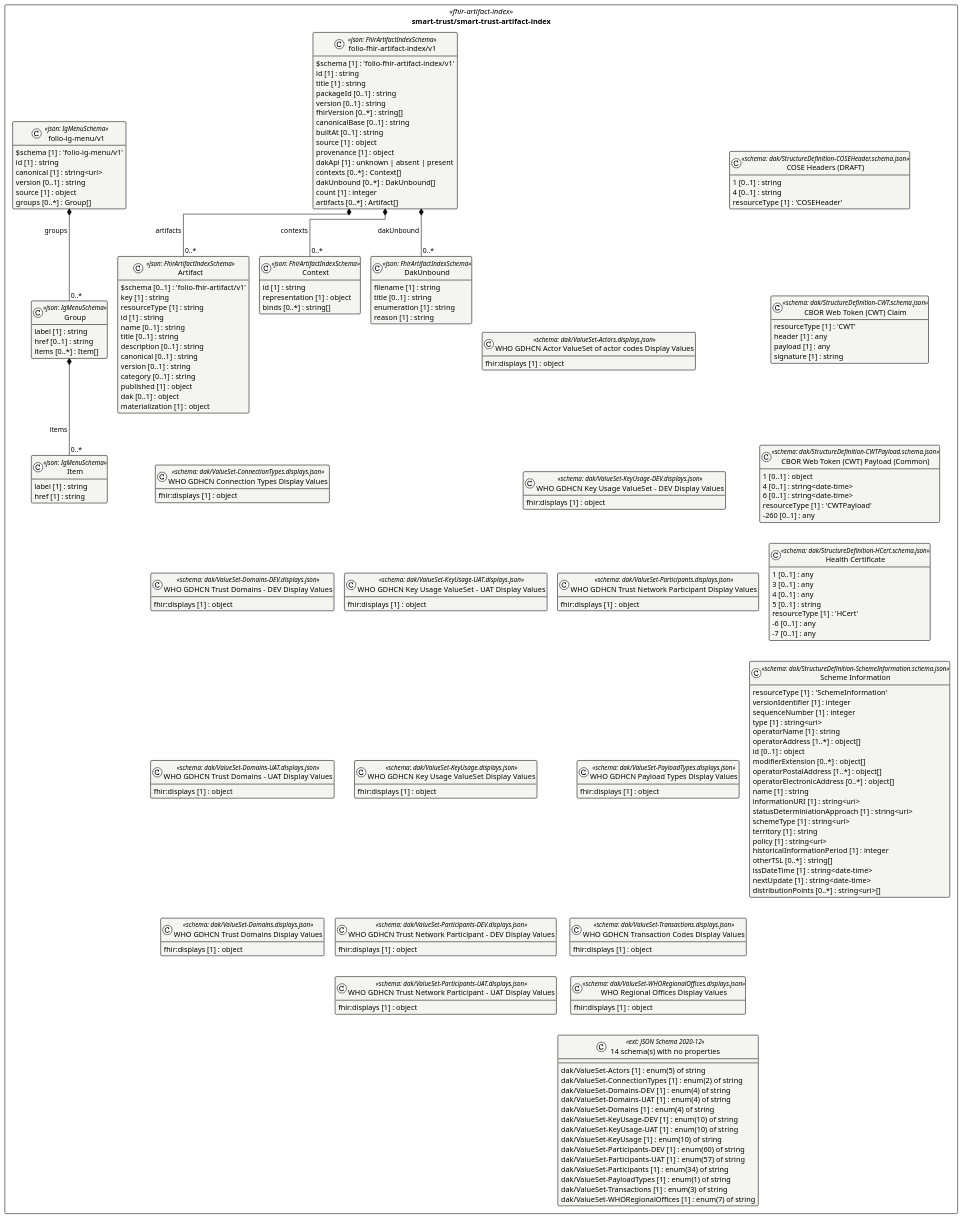
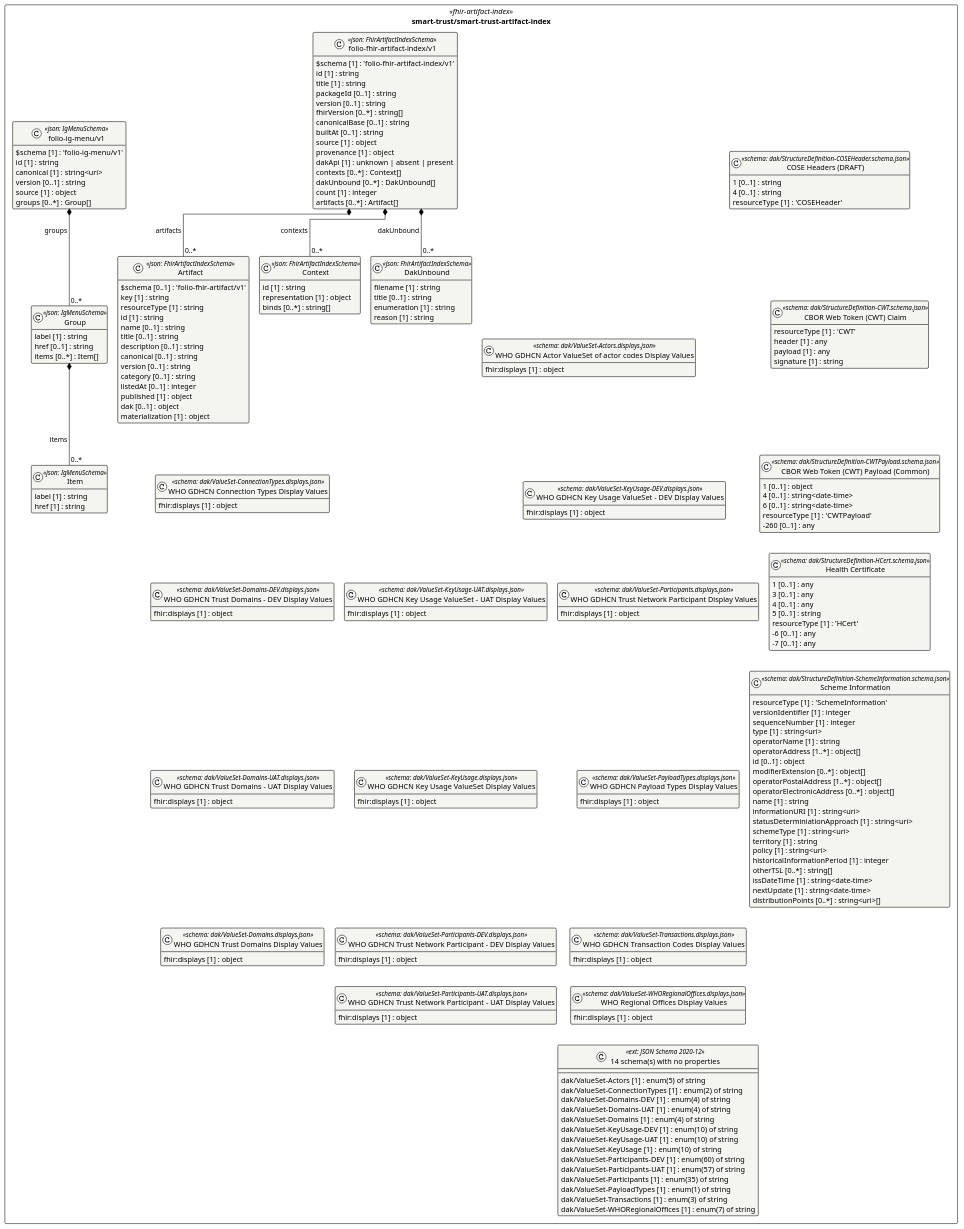
Before and after one commit to litlfred/folio-assistant: the diagram in cat-harness/uml/overview/smart-trust/smart-trust-artifact-index.puml, drawn with PlantUML. The commit also changed 59 other files, not shown here.

First line of the commit message:
Register skill ig-site-theme; regenerate after merging main (listedAt in UML, +4 IRL in enumerations)

```diff
--- a/cat-harness/uml/overview/smart-trust/smart-trust-artifact-index.puml
+++ b/cat-harness/uml/overview/smart-trust/smart-trust-artifact-index.puml
@@ -3,185 +3,186 @@
 @startuml smart_trust_smart_trust_artifact_index
 !pragma layout elk
 !theme plain
 skinparam classAttributeIconSize 0
 skinparam shadowing false
 skinparam packageStyle rectangle
 hide empty methods
 
 package "smart-trust/smart-trust-artifact-index" as pkg_smart_trust_smart_trust_artifact_index <<fhir-artifact-index>> {
   class "Context" as smart_trust_smart_trust_artifact_index_folio_fhir_artifact_index_v1_Context <<json: FhirArtifactIndexSchema>> #f4f4f1 {
     id [1] : string
     representation [1] : object
     binds [0..*] : string[]
   }
   class "DakUnbound" as smart_trust_smart_trust_artifact_index_folio_fhir_artifact_index_v1_DakUnbound <<json: FhirArtifactIndexSchema>> #f4f4f1 {
     filename [1] : string
     title [0..1] : string
     enumeration [1] : string
     reason [1] : string
   }
   class "Artifact" as smart_trust_smart_trust_artifact_index_folio_fhir_artifact_index_v1_Artifact <<json: FhirArtifactIndexSchema>> #f4f4f1 {
     $schema [0..1] : 'folio-fhir-artifact/v1'
     key [1] : string
     resourceType [1] : string
     id [1] : string
     name [0..1] : string
     title [0..1] : string
     description [0..1] : string
     canonical [0..1] : string
     version [0..1] : string
     category [0..1] : string
+    listedAt [0..1] : integer
     published [1] : object
     dak [0..1] : object
     materialization [1] : object
   }
   class "folio-fhir-artifact-index/v1" as smart_trust_smart_trust_artifact_index_folio_fhir_artifact_index_v1_folio_fhir_artifact_index_v1 <<json: FhirArtifactIndexSchema>> #f4f4f1 {
     $schema [1] : 'folio-fhir-artifact-index/v1'
     id [1] : string
     title [1] : string
     packageId [0..1] : string
     version [0..1] : string
     fhirVersion [0..*] : string[]
     canonicalBase [0..1] : string
     builtAt [0..1] : string
     source [1] : object
     provenance [1] : object
     dakApi [1] : unknown | absent | present
     contexts [0..*] : Context[]
     dakUnbound [0..*] : DakUnbound[]
     count [1] : integer
     artifacts [0..*] : Artifact[]
   }
   class "Item" as smart_trust_smart_trust_artifact_index_folio_ig_menu_v1_Item <<json: IgMenuSchema>> #f4f4f1 {
     label [1] : string
     href [1] : string
   }
   class "Group" as smart_trust_smart_trust_artifact_index_folio_ig_menu_v1_Group <<json: IgMenuSchema>> #f4f4f1 {
     label [1] : string
     href [0..1] : string
     items [0..*] : Item[]
   }
   class "folio-ig-menu/v1" as smart_trust_smart_trust_artifact_index_folio_ig_menu_v1_folio_ig_menu_v1 <<json: IgMenuSchema>> #f4f4f1 {
     $schema [1] : 'folio-ig-menu/v1'
     id [1] : string
     canonical [1] : string<uri>
     version [0..1] : string
     source [1] : object
     groups [0..*] : Group[]
   }
   class "COSE Headers (DRAFT)" as smart_trust_smart_trust_artifact_index_dak_StructureDefinition_COSEHeader_schema_json_COSE_Headers__DRAFT_ <<schema: dak/StructureDefinition-COSEHeader.schema.json>> #f4f4f1 {
     1 [0..1] : string
     4 [0..1] : string
     resourceType [1] : 'COSEHeader'
   }
   class "CBOR Web Token (CWT) Claim" as smart_trust_smart_trust_artifact_index_dak_StructureDefinition_CWT_schema_json_CBOR_Web_Token__CWT__Claim <<schema: dak/StructureDefinition-CWT.schema.json>> #f4f4f1 {
     resourceType [1] : 'CWT'
     header [1] : any
     payload [1] : any
     signature [1] : string
   }
   class "CBOR Web Token (CWT) Payload (Common)" as smart_trust_smart_trust_artifact_index_dak_StructureDefinition_CWTPayload_schema_json_CBOR_Web_Token__CWT__Payload__Common_ <<schema: dak/StructureDefinition-CWTPayload.schema.json>> #f4f4f1 {
     1 [0..1] : object
     4 [0..1] : string<date-time>
     6 [0..1] : string<date-time>
     resourceType [1] : 'CWTPayload'
     -260 [0..1] : any
   }
   class "Health Certificate" as smart_trust_smart_trust_artifact_index_dak_StructureDefinition_HCert_schema_json_Health_Certificate <<schema: dak/StructureDefinition-HCert.schema.json>> #f4f4f1 {
     1 [0..1] : any
     3 [0..1] : any
     4 [0..1] : any
     5 [0..1] : string
     resourceType [1] : 'HCert'
     -6 [0..1] : any
     -7 [0..1] : any
   }
   class "Scheme Information" as smart_trust_smart_trust_artifact_index_dak_StructureDefinition_SchemeInformation_schema_json_Scheme_Information <<schema: dak/StructureDefinition-SchemeInformation.schema.json>> #f4f4f1 {
     resourceType [1] : 'SchemeInformation'
     versionIdentifier [1] : integer
     sequenceNumber [1] : integer
     type [1] : string<uri>
     operatorName [1] : string
     operatorAddress [1..*] : object[]
     id [0..1] : object
     modifierExtension [0..*] : object[]
     operatorPostalAddress [1..*] : object[]
     operatorElectronicAddress [0..*] : object[]
     name [1] : string
     informationURI [1] : string<uri>
     statusDeterminiationApproach [1] : string<uri>
     schemeType [1] : string<uri>
     territory [1] : string
     policy [1] : string<uri>
     historicalInformationPeriod [1] : integer
     otherTSL [0..*] : string[]
     issDateTime [1] : string<date-time>
     nextUpdate [1] : string<date-time>
     distributionPoints [0..*] : string<uri>[]
   }
   class "WHO GDHCN Actor ValueSet of actor codes Display Values" as smart_trust_smart_trust_artifact_index_dak_ValueSet_Actors_displays_json_WHO_GDHCN_Actor_ValueSet_of_actor_codes_Display_Values <<schema: dak/ValueSet-Actors.displays.json>> #f4f4f1 {
     fhir:displays [1] : object
   }
   class "WHO GDHCN Connection Types Display Values" as smart_trust_smart_trust_artifact_index_dak_ValueSet_ConnectionTypes_displays_json_WHO_GDHCN_Connection_Types_Display_Values <<schema: dak/ValueSet-ConnectionTypes.displays.json>> #f4f4f1 {
     fhir:displays [1] : object
   }
   class "WHO GDHCN Trust Domains - DEV Display Values" as smart_trust_smart_trust_artifact_index_dak_ValueSet_Domains_DEV_displays_json_WHO_GDHCN_Trust_Domains___DEV_Display_Values <<schema: dak/ValueSet-Domains-DEV.displays.json>> #f4f4f1 {
     fhir:displays [1] : object
   }
   class "WHO GDHCN Trust Domains - UAT Display Values" as smart_trust_smart_trust_artifact_index_dak_ValueSet_Domains_UAT_displays_json_WHO_GDHCN_Trust_Domains___UAT_Display_Values <<schema: dak/ValueSet-Domains-UAT.displays.json>> #f4f4f1 {
     fhir:displays [1] : object
   }
   class "WHO GDHCN Trust Domains Display Values" as smart_trust_smart_trust_artifact_index_dak_ValueSet_Domains_displays_json_WHO_GDHCN_Trust_Domains_Display_Values <<schema: dak/ValueSet-Domains.displays.json>> #f4f4f1 {
     fhir:displays [1] : object
   }
   class "WHO GDHCN  Key Usage ValueSet - DEV Display Values" as smart_trust_smart_trust_artifact_index_dak_ValueSet_KeyUsage_DEV_displays_json_WHO_GDHCN__Key_Usage_ValueSet___DEV_Display_Values <<schema: dak/ValueSet-KeyUsage-DEV.displays.json>> #f4f4f1 {
     fhir:displays [1] : object
   }
   class "WHO GDHCN  Key Usage ValueSet - UAT Display Values" as smart_trust_smart_trust_artifact_index_dak_ValueSet_KeyUsage_UAT_displays_json_WHO_GDHCN__Key_Usage_ValueSet___UAT_Display_Values <<schema: dak/ValueSet-KeyUsage-UAT.displays.json>> #f4f4f1 {
     fhir:displays [1] : object
   }
   class "WHO GDHCN  Key Usage ValueSet Display Values" as smart_trust_smart_trust_artifact_index_dak_ValueSet_KeyUsage_displays_json_WHO_GDHCN__Key_Usage_ValueSet_Display_Values <<schema: dak/ValueSet-KeyUsage.displays.json>> #f4f4f1 {
     fhir:displays [1] : object
   }
   class "WHO GDHCN Trust Network Participant - DEV Display Values" as smart_trust_smart_trust_artifact_index_dak_ValueSet_Participants_DEV_displays_json_WHO_GDHCN_Trust_Network_Participant___DEV_Display_Values <<schema: dak/ValueSet-Participants-DEV.displays.json>> #f4f4f1 {
     fhir:displays [1] : object
   }
   class "WHO GDHCN Trust Network Participant - UAT Display Values" as smart_trust_smart_trust_artifact_index_dak_ValueSet_Participants_UAT_displays_json_WHO_GDHCN_Trust_Network_Participant___UAT_Display_Values <<schema: dak/ValueSet-Participants-UAT.displays.json>> #f4f4f1 {
     fhir:displays [1] : object
   }
   class "WHO GDHCN Trust Network Participant Display Values" as smart_trust_smart_trust_artifact_index_dak_ValueSet_Participants_displays_json_WHO_GDHCN_Trust_Network_Participant_Display_Values <<schema: dak/ValueSet-Participants.displays.json>> #f4f4f1 {
     fhir:displays [1] : object
   }
   class "WHO GDHCN Payload Types Display Values" as smart_trust_smart_trust_artifact_index_dak_ValueSet_PayloadTypes_displays_json_WHO_GDHCN_Payload_Types_Display_Values <<schema: dak/ValueSet-PayloadTypes.displays.json>> #f4f4f1 {
     fhir:displays [1] : object
   }
   class "WHO GDHCN Transaction Codes Display Values" as smart_trust_smart_trust_artifact_index_dak_ValueSet_Transactions_displays_json_WHO_GDHCN_Transaction_Codes_Display_Values <<schema: dak/ValueSet-Transactions.displays.json>> #f4f4f1 {
     fhir:displays [1] : object
   }
   class "WHO Regional Offices Display Values" as smart_trust_smart_trust_artifact_index_dak_ValueSet_WHORegionalOffices_displays_json_WHO_Regional_Offices_Display_Values <<schema: dak/ValueSet-WHORegionalOffices.displays.json>> #f4f4f1 {
     fhir:displays [1] : object
   }
   class "14 schema(s) with no properties" as smart_trust_smart_trust_artifact_index_https___json_schema_org_draft_2020_12_schema_listed <<ext: JSON Schema 2020-12>> #f4f4f1 {
     dak/ValueSet-Actors [1] : enum(5) of string
     dak/ValueSet-ConnectionTypes [1] : enum(2) of string
     dak/ValueSet-Domains-DEV [1] : enum(4) of string
     dak/ValueSet-Domains-UAT [1] : enum(4) of string
     dak/ValueSet-Domains [1] : enum(4) of string
     dak/ValueSet-KeyUsage-DEV [1] : enum(10) of string
     dak/ValueSet-KeyUsage-UAT [1] : enum(10) of string
     dak/ValueSet-KeyUsage [1] : enum(10) of string
     dak/ValueSet-Participants-DEV [1] : enum(60) of string
     dak/ValueSet-Participants-UAT [1] : enum(57) of string
-    dak/ValueSet-Participants [1] : enum(34) of string
+    dak/ValueSet-Participants [1] : enum(35) of string
     dak/ValueSet-PayloadTypes [1] : enum(1) of string
     dak/ValueSet-Transactions [1] : enum(3) of string
     dak/ValueSet-WHORegionalOffices [1] : enum(7) of string
   }
 }
 
 smart_trust_smart_trust_artifact_index_folio_fhir_artifact_index_v1_folio_fhir_artifact_index_v1 *-- "0..*" smart_trust_smart_trust_artifact_index_folio_fhir_artifact_index_v1_Context : contexts
 smart_trust_smart_trust_artifact_index_folio_fhir_artifact_index_v1_folio_fhir_artifact_index_v1 *-- "0..*" smart_trust_smart_trust_artifact_index_folio_fhir_artifact_index_v1_DakUnbound : dakUnbound
 smart_trust_smart_trust_artifact_index_folio_fhir_artifact_index_v1_folio_fhir_artifact_index_v1 *-- "0..*" smart_trust_smart_trust_artifact_index_folio_fhir_artifact_index_v1_Artifact : artifacts
 smart_trust_smart_trust_artifact_index_folio_ig_menu_v1_Group *-- "0..*" smart_trust_smart_trust_artifact_index_folio_ig_menu_v1_Item : items
 smart_trust_smart_trust_artifact_index_folio_ig_menu_v1_folio_ig_menu_v1 *-- "0..*" smart_trust_smart_trust_artifact_index_folio_ig_menu_v1_Group : groups
 @enduml
```
